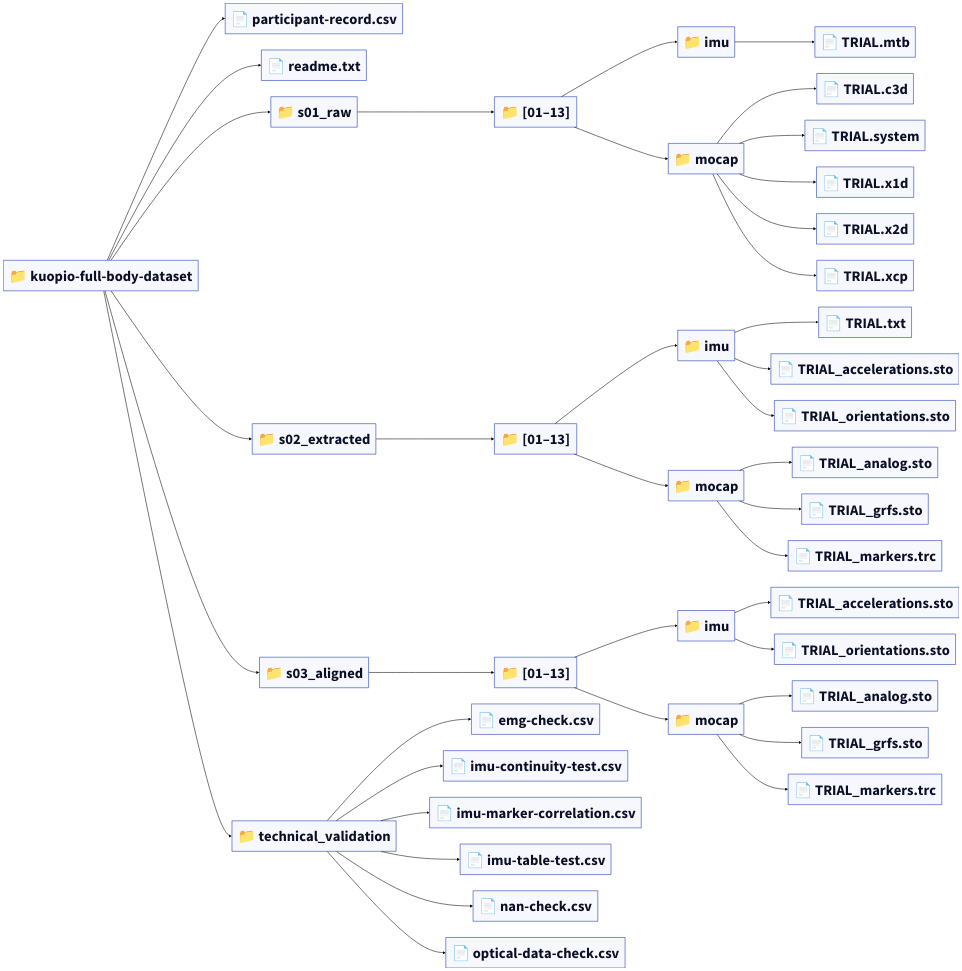
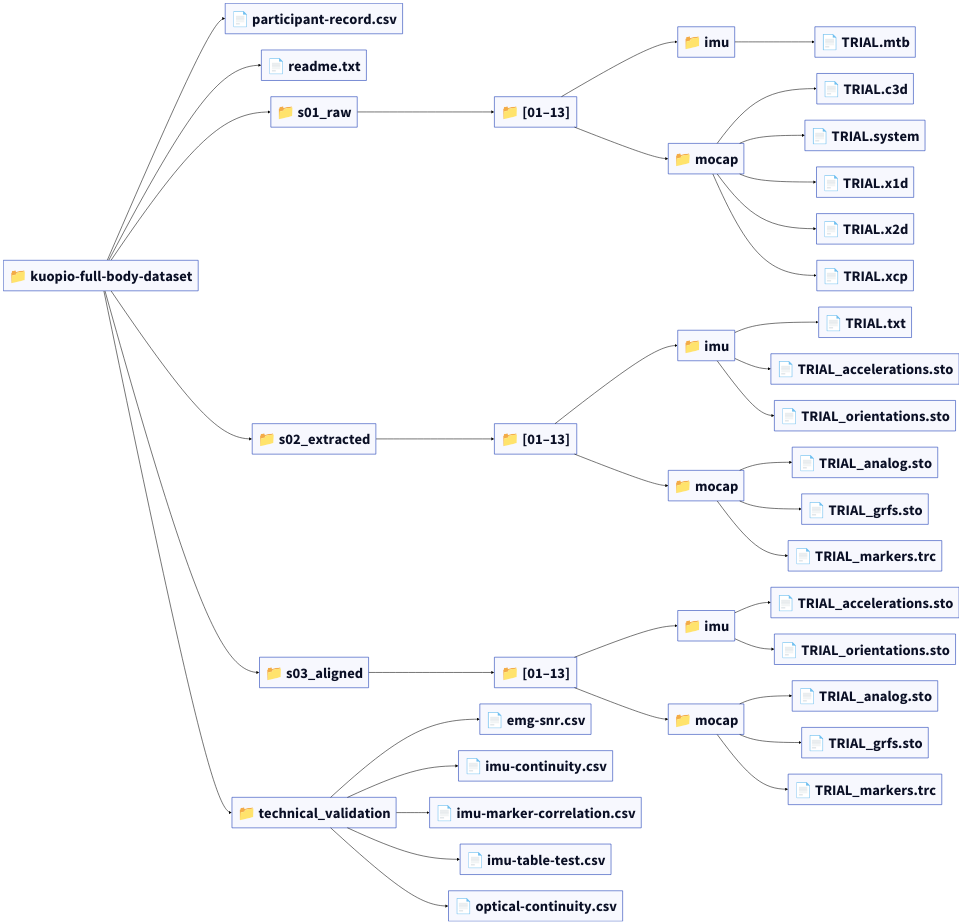
One commit to gateway240/kuopio-full-body-processing changed the diagram in dataset_graph.d2. Above: the diagram before and after it, drawn with D2. The commit also changed 3 other files, not shown here.

Commit message:
Update outputs for technical validation and graphs

```diff
--- a/dataset_graph.d2
+++ b/dataset_graph.d2
@@ -1,85 +1,83 @@
 direction: right
 
 **: {
 style.font-size: 54
 }
 (*** -> ***)[*]: {
 style.stroke: black
 }
 kuopio_full_body_dataset: "📁 kuopio-full-body-dataset"
 file_kuopio_full_body_dataset__root__file__participant_record_csv: "📄 participant-record.csv"
 kuopio_full_body_dataset -> file_kuopio_full_body_dataset__root__file__participant_record_csv
 file_kuopio_full_body_dataset__root__file__readme_txt: "📄 readme.txt"
 kuopio_full_body_dataset -> file_kuopio_full_body_dataset__root__file__readme_txt
 kuopio_full_body_dataset__s01_raw: "📁 s01_raw"
 kuopio_full_body_dataset -> kuopio_full_body_dataset__s01_raw
 kuopio_full_body_dataset__s01_raw___01_13_: "📁 [01–13]"
 kuopio_full_body_dataset__s01_raw -> kuopio_full_body_dataset__s01_raw___01_13_
 kuopio_full_body_dataset__s01_raw___01_13___imu: "📁 imu"
 kuopio_full_body_dataset__s01_raw___01_13_ -> kuopio_full_body_dataset__s01_raw___01_13___imu
 file_kuopio_full_body_dataset__s01_raw__participants__imu__TRIAL_mtb: "📄 TRIAL.mtb"
 kuopio_full_body_dataset__s01_raw___01_13___imu -> file_kuopio_full_body_dataset__s01_raw__participants__imu__TRIAL_mtb
 kuopio_full_body_dataset__s01_raw___01_13___mocap: "📁 mocap"
 kuopio_full_body_dataset__s01_raw___01_13_ -> kuopio_full_body_dataset__s01_raw___01_13___mocap
 file_kuopio_full_body_dataset__s01_raw__participants__mocap__TRIAL_c3d: "📄 TRIAL.c3d"
 kuopio_full_body_dataset__s01_raw___01_13___mocap -> file_kuopio_full_body_dataset__s01_raw__participants__mocap__TRIAL_c3d
 file_kuopio_full_body_dataset__s01_raw__participants__mocap__TRIAL_system: "📄 TRIAL.system"
 kuopio_full_body_dataset__s01_raw___01_13___mocap -> file_kuopio_full_body_dataset__s01_raw__participants__mocap__TRIAL_system
 file_kuopio_full_body_dataset__s01_raw__participants__mocap__TRIAL_x1d: "📄 TRIAL.x1d"
 kuopio_full_body_dataset__s01_raw___01_13___mocap -> file_kuopio_full_body_dataset__s01_raw__participants__mocap__TRIAL_x1d
 file_kuopio_full_body_dataset__s01_raw__participants__mocap__TRIAL_x2d: "📄 TRIAL.x2d"
 kuopio_full_body_dataset__s01_raw___01_13___mocap -> file_kuopio_full_body_dataset__s01_raw__participants__mocap__TRIAL_x2d
 file_kuopio_full_body_dataset__s01_raw__participants__mocap__TRIAL_xcp: "📄 TRIAL.xcp"
 kuopio_full_body_dataset__s01_raw___01_13___mocap -> file_kuopio_full_body_dataset__s01_raw__participants__mocap__TRIAL_xcp
 kuopio_full_body_dataset__s02_extracted: "📁 s02_extracted"
 kuopio_full_body_dataset -> kuopio_full_body_dataset__s02_extracted
 kuopio_full_body_dataset__s02_extracted___01_13_: "📁 [01–13]"
 kuopio_full_body_dataset__s02_extracted -> kuopio_full_body_dataset__s02_extracted___01_13_
 kuopio_full_body_dataset__s02_extracted___01_13___imu: "📁 imu"
 kuopio_full_body_dataset__s02_extracted___01_13_ -> kuopio_full_body_dataset__s02_extracted___01_13___imu
 file_kuopio_full_body_dataset__s02_extracted__participants__imu__TRIAL_txt: "📄 TRIAL.txt"
 kuopio_full_body_dataset__s02_extracted___01_13___imu -> file_kuopio_full_body_dataset__s02_extracted__participants__imu__TRIAL_txt
 file_kuopio_full_body_dataset__s02_extracted__participants__imu__TRIAL_accelerations_sto: "📄 TRIAL_accelerations.sto"
 kuopio_full_body_dataset__s02_extracted___01_13___imu -> file_kuopio_full_body_dataset__s02_extracted__participants__imu__TRIAL_accelerations_sto
 file_kuopio_full_body_dataset__s02_extracted__participants__imu__TRIAL_orientations_sto: "📄 TRIAL_orientations.sto"
 kuopio_full_body_dataset__s02_extracted___01_13___imu -> file_kuopio_full_body_dataset__s02_extracted__participants__imu__TRIAL_orientations_sto
 kuopio_full_body_dataset__s02_extracted___01_13___mocap: "📁 mocap"
 kuopio_full_body_dataset__s02_extracted___01_13_ -> kuopio_full_body_dataset__s02_extracted___01_13___mocap
 file_kuopio_full_body_dataset__s02_extracted__participants__mocap__TRIAL_analog_sto: "📄 TRIAL_analog.sto"
 kuopio_full_body_dataset__s02_extracted___01_13___mocap -> file_kuopio_full_body_dataset__s02_extracted__participants__mocap__TRIAL_analog_sto
 file_kuopio_full_body_dataset__s02_extracted__participants__mocap__TRIAL_grfs_sto: "📄 TRIAL_grfs.sto"
 kuopio_full_body_dataset__s02_extracted___01_13___mocap -> file_kuopio_full_body_dataset__s02_extracted__participants__mocap__TRIAL_grfs_sto
 file_kuopio_full_body_dataset__s02_extracted__participants__mocap__TRIAL_markers_trc: "📄 TRIAL_markers.trc"
 kuopio_full_body_dataset__s02_extracted___01_13___mocap -> file_kuopio_full_body_dataset__s02_extracted__participants__mocap__TRIAL_markers_trc
 kuopio_full_body_dataset__s03_aligned: "📁 s03_aligned"
 kuopio_full_body_dataset -> kuopio_full_body_dataset__s03_aligned
 kuopio_full_body_dataset__s03_aligned___01_13_: "📁 [01–13]"
 kuopio_full_body_dataset__s03_aligned -> kuopio_full_body_dataset__s03_aligned___01_13_
 kuopio_full_body_dataset__s03_aligned___01_13___imu: "📁 imu"
 kuopio_full_body_dataset__s03_aligned___01_13_ -> kuopio_full_body_dataset__s03_aligned___01_13___imu
 file_kuopio_full_body_dataset__s03_aligned__participants__imu__TRIAL_accelerations_sto: "📄 TRIAL_accelerations.sto"
 kuopio_full_body_dataset__s03_aligned___01_13___imu -> file_kuopio_full_body_dataset__s03_aligned__participants__imu__TRIAL_accelerations_sto
 file_kuopio_full_body_dataset__s03_aligned__participants__imu__TRIAL_orientations_sto: "📄 TRIAL_orientations.sto"
 kuopio_full_body_dataset__s03_aligned___01_13___imu -> file_kuopio_full_body_dataset__s03_aligned__participants__imu__TRIAL_orientations_sto
 kuopio_full_body_dataset__s03_aligned___01_13___mocap: "📁 mocap"
 kuopio_full_body_dataset__s03_aligned___01_13_ -> kuopio_full_body_dataset__s03_aligned___01_13___mocap
 file_kuopio_full_body_dataset__s03_aligned__participants__mocap__TRIAL_analog_sto: "📄 TRIAL_analog.sto"
 kuopio_full_body_dataset__s03_aligned___01_13___mocap -> file_kuopio_full_body_dataset__s03_aligned__participants__mocap__TRIAL_analog_sto
 file_kuopio_full_body_dataset__s03_aligned__participants__mocap__TRIAL_grfs_sto: "📄 TRIAL_grfs.sto"
 kuopio_full_body_dataset__s03_aligned___01_13___mocap -> file_kuopio_full_body_dataset__s03_aligned__participants__mocap__TRIAL_grfs_sto
 file_kuopio_full_body_dataset__s03_aligned__participants__mocap__TRIAL_markers_trc: "📄 TRIAL_markers.trc"
 kuopio_full_body_dataset__s03_aligned___01_13___mocap -> file_kuopio_full_body_dataset__s03_aligned__participants__mocap__TRIAL_markers_trc
 kuopio_full_body_dataset__technical_validation: "📁 technical_validation"
 kuopio_full_body_dataset -> kuopio_full_body_dataset__technical_validation
-file_kuopio_full_body_dataset__technical_validation__file__emg_check_csv: "📄 emg-check.csv"
-kuopio_full_body_dataset__technical_validation -> file_kuopio_full_body_dataset__technical_validation__file__emg_check_csv
-file_kuopio_full_body_dataset__technical_validation__file__imu_continuity_test_csv: "📄 imu-continuity-test.csv"
-kuopio_full_body_dataset__technical_validation -> file_kuopio_full_body_dataset__technical_validation__file__imu_continuity_test_csv
+file_kuopio_full_body_dataset__technical_validation__file__emg_snr_csv: "📄 emg-snr.csv"
+kuopio_full_body_dataset__technical_validation -> file_kuopio_full_body_dataset__technical_validation__file__emg_snr_csv
+file_kuopio_full_body_dataset__technical_validation__file__imu_continuity_csv: "📄 imu-continuity.csv"
+kuopio_full_body_dataset__technical_validation -> file_kuopio_full_body_dataset__technical_validation__file__imu_continuity_csv
 file_kuopio_full_body_dataset__technical_validation__file__imu_marker_correlation_csv: "📄 imu-marker-correlation.csv"
 kuopio_full_body_dataset__technical_validation -> file_kuopio_full_body_dataset__technical_validation__file__imu_marker_correlation_csv
 file_kuopio_full_body_dataset__technical_validation__file__imu_table_test_csv: "📄 imu-table-test.csv"
 kuopio_full_body_dataset__technical_validation -> file_kuopio_full_body_dataset__technical_validation__file__imu_table_test_csv
-file_kuopio_full_body_dataset__technical_validation__file__nan_check_csv: "📄 nan-check.csv"
-kuopio_full_body_dataset__technical_validation -> file_kuopio_full_body_dataset__technical_validation__file__nan_check_csv
-file_kuopio_full_body_dataset__technical_validation__file__optical_data_check_csv: "📄 optical-data-check.csv"
-kuopio_full_body_dataset__technical_validation -> file_kuopio_full_body_dataset__technical_validation__file__optical_data_check_csv
+file_kuopio_full_body_dataset__technical_validation__file__optical_continuity_csv: "📄 optical-continuity.csv"
+kuopio_full_body_dataset__technical_validation -> file_kuopio_full_body_dataset__technical_validation__file__optical_continuity_csv
```
